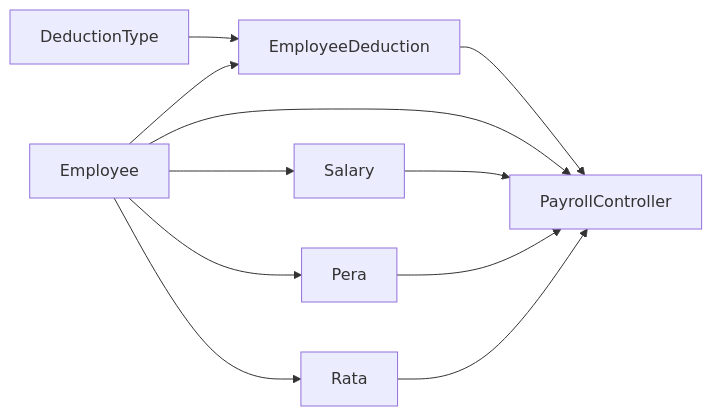
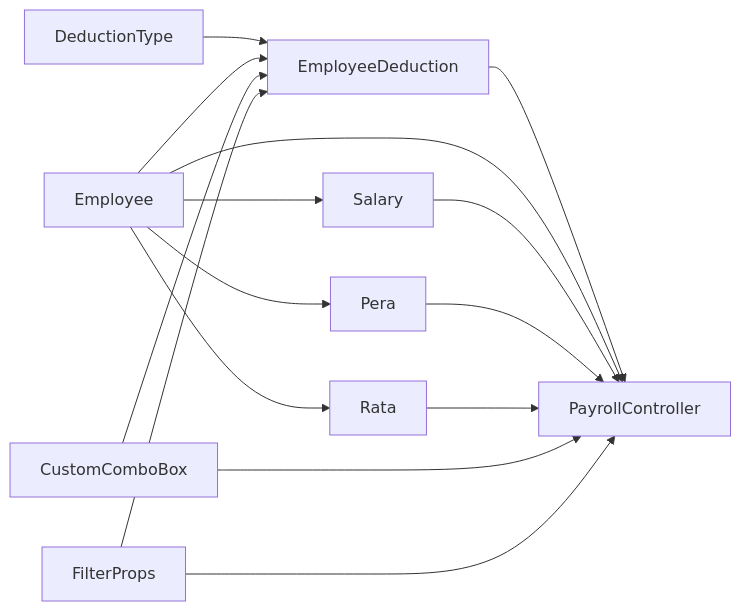
One commit to vincet0t15/template changed the eighth of 8 diagrams in .qoder/repowiki/en/content/Deduction Management/Deduction Management.md. Above: the diagram before and after it, drawn with Mermaid. The commit also changed other lines of this file and 13 other files, not shown here.

````diff
--- a/.qoder/repowiki/en/content/Deduction Management/Deduction Management.md
+++ b/.qoder/repowiki/en/content/Deduction Management/Deduction Management.md
@@ -411,13 +508,17 @@
 ```mermaid
 graph LR
 DT["DeductionType"] --> ED["EmployeeDeduction"]
 E["Employee"] --> ED
 E --> SAL["Salary"]
 E --> PRA["Pera"]
 E --> RTA["Rata"]
 ED --> PC["PayrollController"]
 E --> PC
 SAL --> PC
 PRA --> PC
 RTA --> PC
+CB["CustomComboBox"] --> ED
+CB --> PC
+FT["FilterProps"] --> ED
+FT --> PC
 ```
````
